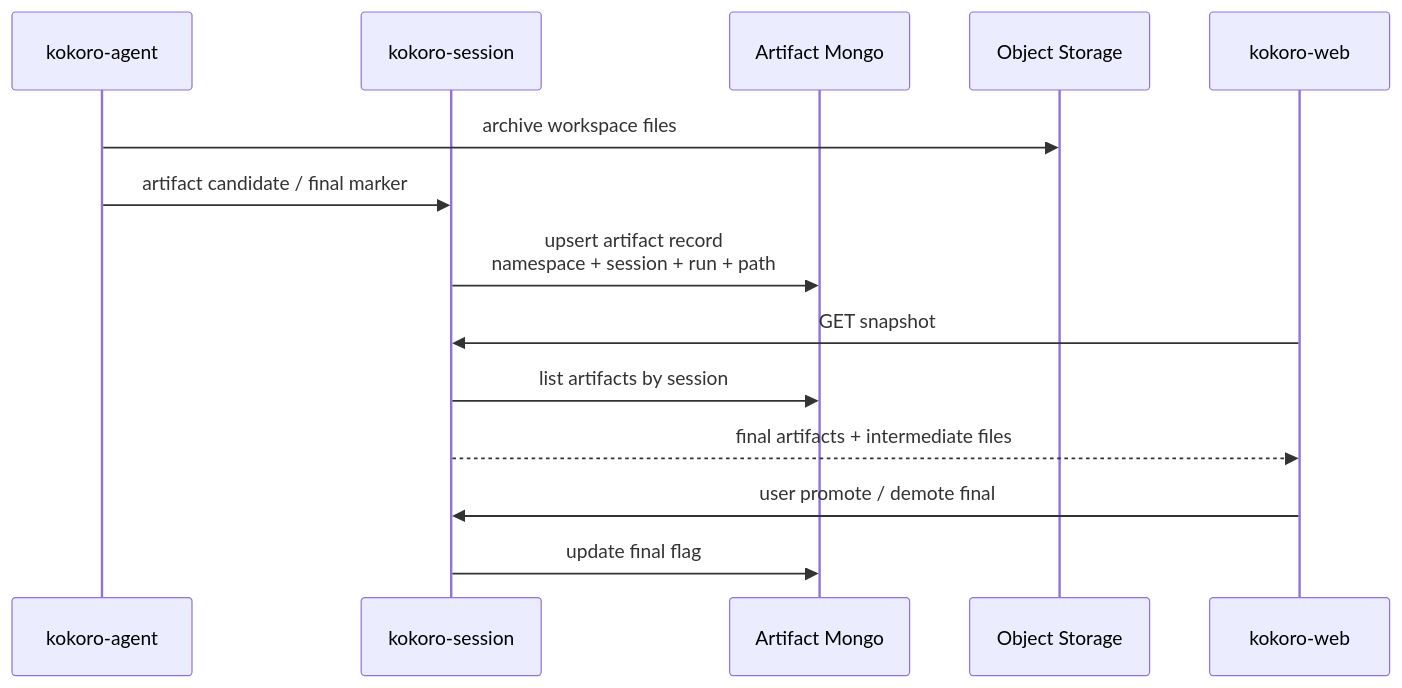
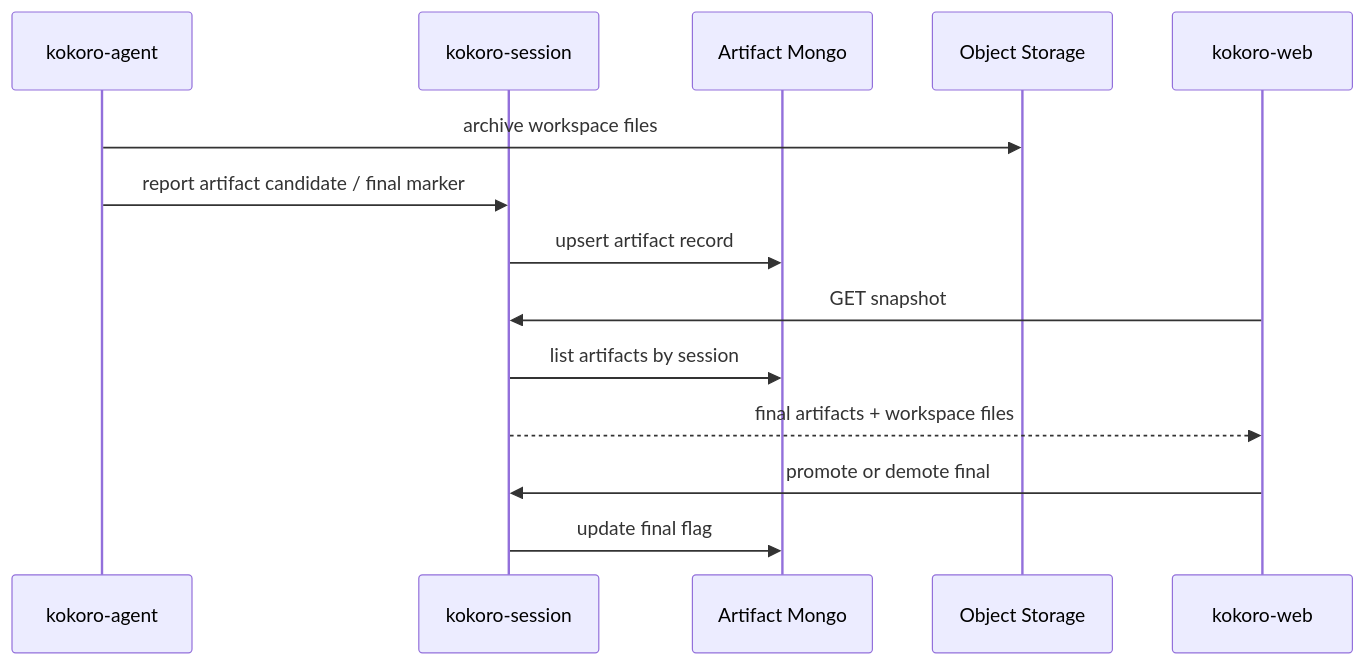
The seventh of 8 diagrams in docs/superpowers/specs/2026-07-07-capability-namespace-auth-technical-plan.md (LordFoxFairy/Kokoro), drawn with Mermaid before and after one commit. The commit also changed other lines of this file and 3 other files, not shown here.

````diff
--- a/docs/superpowers/specs/2026-07-07-capability-namespace-auth-technical-plan.md
+++ b/docs/superpowers/specs/2026-07-07-capability-namespace-auth-technical-plan.md
@@ -243,17 +371,17 @@
 ```mermaid
 sequenceDiagram
   participant GA as kokoro-agent
   participant S as kokoro-session
   participant M as Artifact Mongo
   participant O as Object Storage
   participant W as kokoro-web
 
   GA->>O: archive workspace files
-  GA->>S: artifact candidate / final marker
-  S->>M: upsert artifact record<br/>namespace + session + run + path
+  GA->>S: report artifact candidate / final marker
+  S->>M: upsert artifact record
   W->>S: GET snapshot
   S->>M: list artifacts by session
-  S-->>W: final artifacts + intermediate files
-  W->>S: user promote / demote final
+  S-->>W: final artifacts + workspace files
+  W->>S: promote or demote final
   S->>M: update final flag
 ```
````
